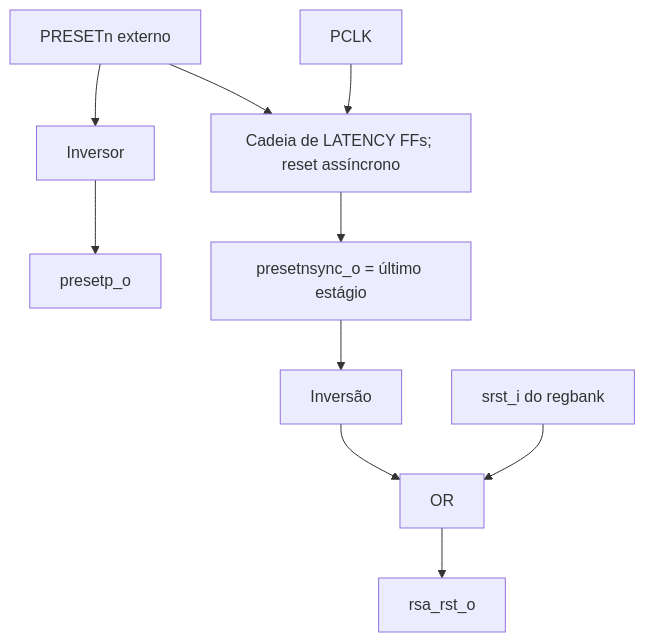
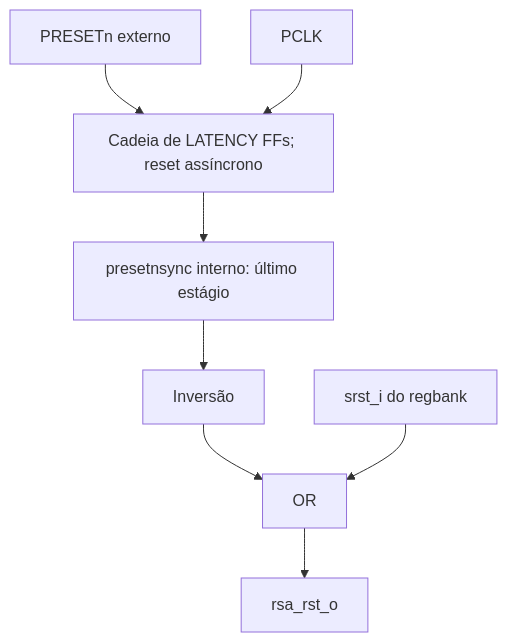
The diagram in src/amba_3_apb/README_amba_3_apb_reset.md (MattGrossi12/RSA_APB_32-bit), drawn with Mermaid before and after one commit. The commit also changed other lines of this file and 30 other files, not shown here.

Commit message:
AO diagrama de topo da arquitetura foi incluído no readme

````diff
--- a/src/amba_3_apb/README_amba_3_apb_reset.md
+++ b/src/amba_3_apb/README_amba_3_apb_reset.md
@@ -28,12 +23,10 @@
 ```mermaid
 flowchart TD
-    EXT["PRESETn externo"] --> INV["Inversor"]
-    INV --> P["presetp_o"]
-    EXT --> FF["Cadeia de LATENCY FFs; reset assíncrono"]
+    EXT["PRESETn externo"] --> FF["Cadeia de LATENCY FFs; reset assíncrono"]
     CLK["PCLK"] --> FF
-    FF --> PS["presetnsync_o = último estágio"]
-    PS --> NOT["Inversão"]
-    NOT --> OR["OR"]
+    FF --> PS["presetnsync interno: último estágio"]
+    PS --> INV["Inversão"]
+    INV --> OR["OR"]
     SRST["srst_i do regbank"] --> OR
     OR --> R["rsa_rst_o"]
 ```
````
